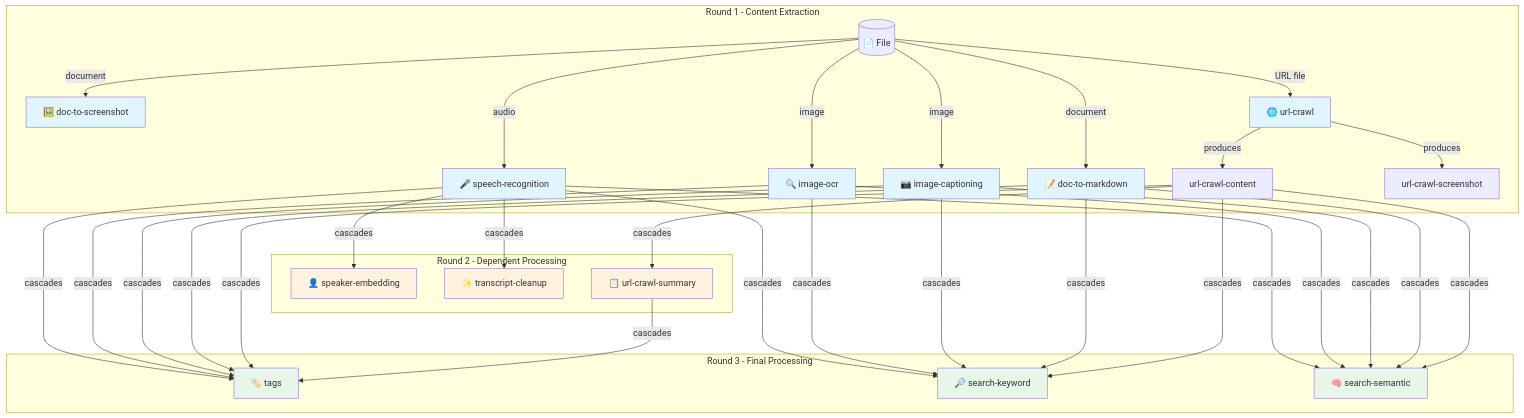
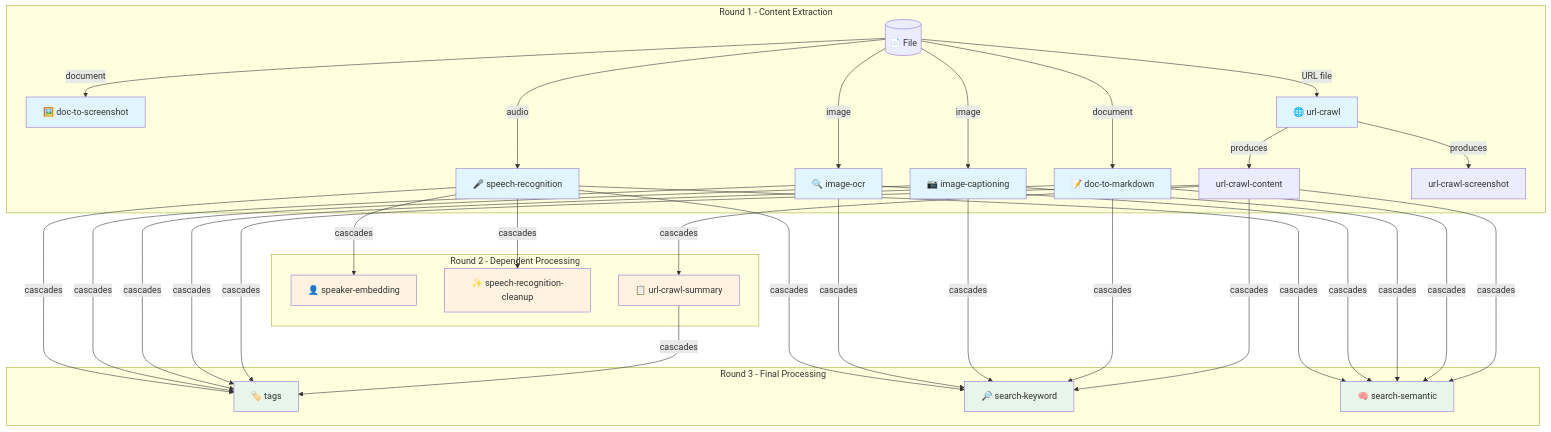
The diagram in docs/digest.md (xiaoyuanzhu-com/my-life-db), drawn with Mermaid before and after one commit. The commit also changed other lines of this file and 5 other files, not shown here.

First line of the commit message:
feat: rename transcript-cleanup digester

````diff
--- a/docs/digest.md
+++ b/docs/digest.md
@@ -410,58 +410,58 @@
 ```mermaid
 flowchart TD
     subgraph "Round 1 - Content Extraction"
         FILE[("📄 File")]
 
         FILE --> |"audio"| SR["🎤 speech-recognition"]
         FILE --> |"image"| IO["🔍 image-ocr"]
         FILE --> |"image"| IC["📷 image-captioning"]
         FILE --> |"document"| DTM["📝 doc-to-markdown"]
         FILE --> |"document"| DTS["🖼️ doc-to-screenshot"]
         FILE --> |"URL file"| UC["🌐 url-crawl"]
 
         UC --> |"produces"| UCC["url-crawl-content"]
         UC --> |"produces"| UCSS["url-crawl-screenshot"]
     end
 
     subgraph "Round 2 - Dependent Processing"
         SR --> |"cascades"| SE["👤 speaker-embedding"]
-        SR --> |"cascades"| TC["✨ transcript-cleanup"]
+        SR --> |"cascades"| TC["✨ speech-recognition-cleanup"]
         UCC --> |"cascades"| UCSUM["📋 url-crawl-summary"]
     end
 
     subgraph "Round 3 - Final Processing"
         SR --> |"cascades"| TAGS["🏷️ tags"]
         IO --> |"cascades"| TAGS
         IC --> |"cascades"| TAGS
         DTM --> |"cascades"| TAGS
         UCC --> |"cascades"| TAGS
         UCSUM --> |"cascades"| TAGS
 
         SR --> |"cascades"| SK["🔎 search-keyword"]
         IO --> |"cascades"| SK
         IC --> |"cascades"| SK
         DTM --> |"cascades"| SK
         UCC --> |"cascades"| SK
 
         SR --> |"cascades"| SS["🧠 search-semantic"]
         IO --> |"cascades"| SS
         IC --> |"cascades"| SS
         DTM --> |"cascades"| SS
         UCC --> |"cascades"| SS
     end
 
     style SR fill:#e1f5fe
     style IO fill:#e1f5fe
     style IC fill:#e1f5fe
     style DTM fill:#e1f5fe
     style DTS fill:#e1f5fe
     style UC fill:#e1f5fe
 
     style SE fill:#fff3e0
     style TC fill:#fff3e0
     style UCSUM fill:#fff3e0
 
     style TAGS fill:#e8f5e9
     style SK fill:#e8f5e9
     style SS fill:#e8f5e9
 ```
````
